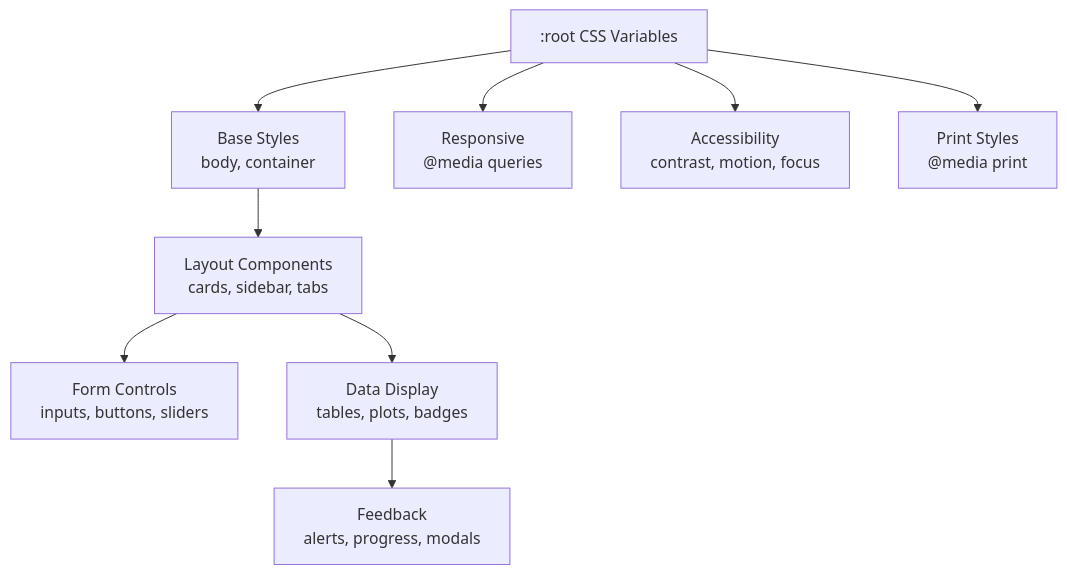
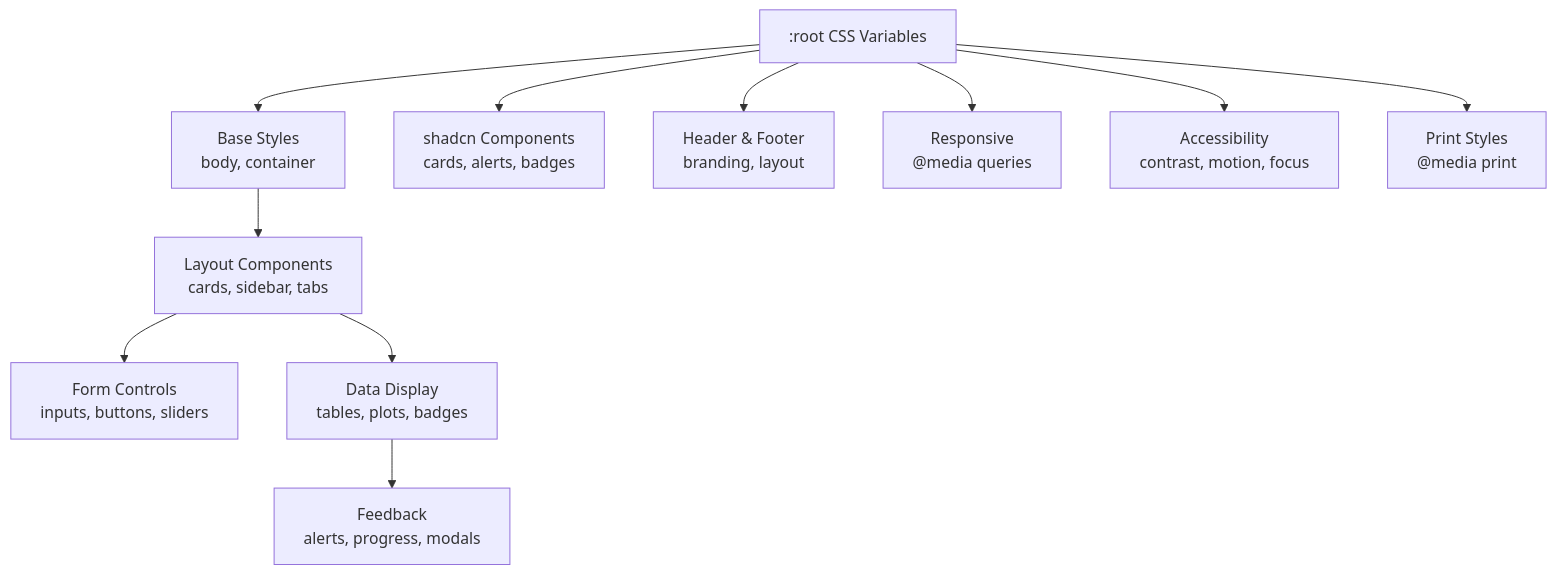
Before and after one commit to willl182/pt_app: the second of 2 diagrams in final/18_ui.md, drawn with Mermaid. The commit also changed other lines of this file and 31 other files, not shown here.

````diff
--- a/final/18_ui.md
+++ b/final/18_ui.md
@@ -709,12 +1098,14 @@
 ```mermaid
 flowchart TD
     ROOT[":root CSS Variables"] --> BASE["Base Styles\nbody, container"]
     BASE --> LAYOUT["Layout Components\ncards, sidebar, tabs"]
     LAYOUT --> FORMS["Form Controls\ninputs, buttons, sliders"]
     LAYOUT --> DATA["Data Display\ntables, plots, badges"]
     DATA --> FEEDBACK["Feedback\nalerts, progress, modals"]
     
+    ROOT --> SHADCN["shadcn Components\ncards, alerts, badges"]
+    ROOT --> HEADER["Header & Footer\nbranding, layout"]
     ROOT --> RESP["Responsive\n@media queries"]
     ROOT --> A11Y["Accessibility\ncontrast, motion, focus"]
     ROOT --> PRINT["Print Styles\n@media print"]
 ```
````
